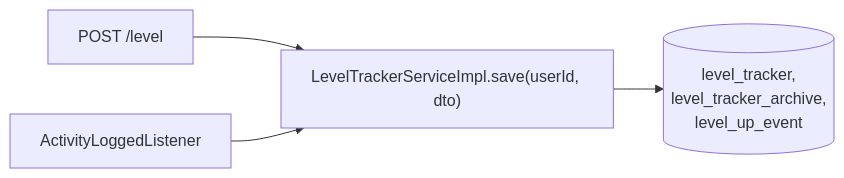
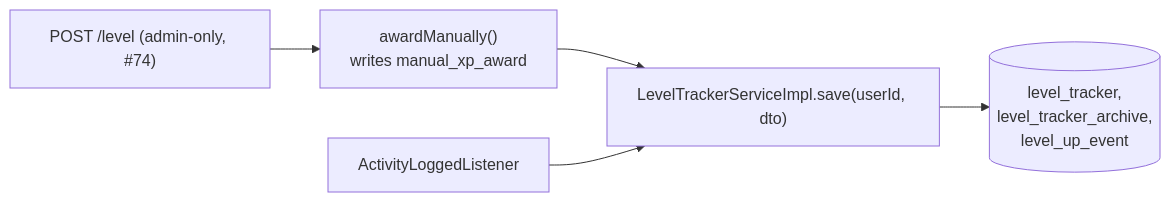
The second of 2 diagrams in docs/features/event-driven-decoupling.md (prashant-singh-2001/gamified_tracker), drawn with Mermaid before and after one commit. The commit also changed other lines of this file and 29 other files, not shown here.

````diff
--- a/docs/features/event-driven-decoupling.md
+++ b/docs/features/event-driven-decoupling.md
@@ -204,6 +205,7 @@
 ```mermaid
 flowchart LR
-    HTTP["POST /level"] --> SAVE["LevelTrackerServiceImpl.save(userId, dto)"]
+    HTTP["POST /level (admin-only, #74)"] --> AWARD["awardManually()<br/>writes manual_xp_award"]
+    AWARD --> SAVE["LevelTrackerServiceImpl.save(userId, dto)"]
     MQ["ActivityLoggedListener"] --> SAVE
     SAVE --> DB[("level_tracker,<br/>level_tracker_archive,<br/>level_up_event")]
 ```
````
